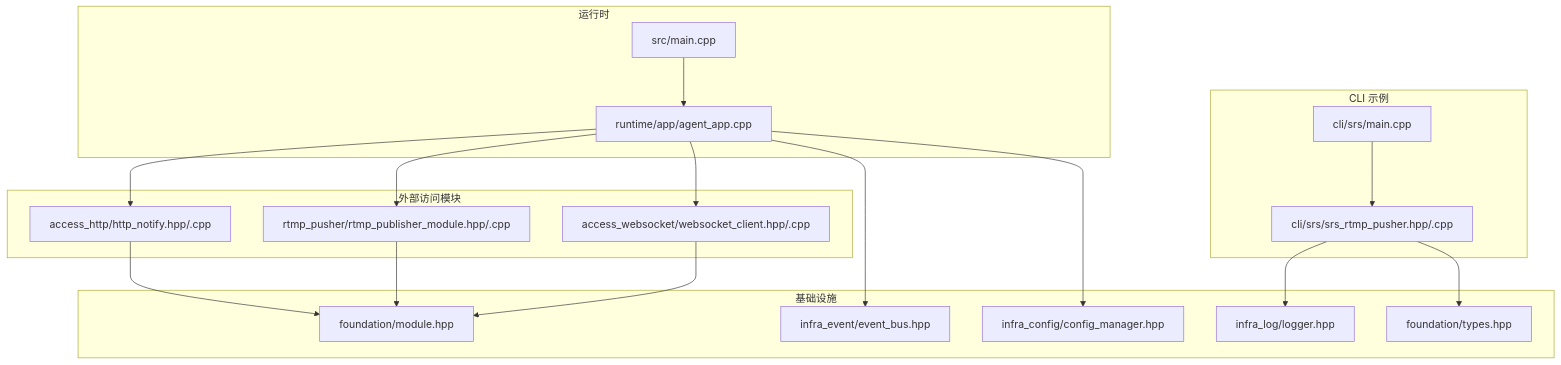
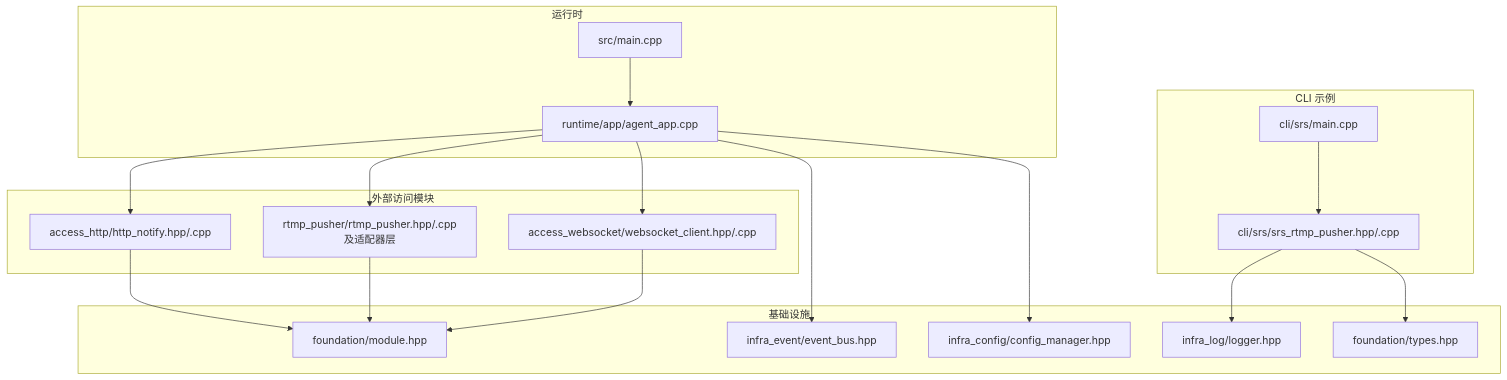
Before and after one commit to tsxuehu/pi-guard: the first of 6 diagrams in .qoder/repowiki/zh/content/C++ 代理程序/外部访问模块.md, drawn with Mermaid. The commit also changed other lines of this file and 8 other files, not shown here.

````diff
--- a/.qoder/repowiki/zh/content/C++ 代理程序/外部访问模块.md
+++ b/.qoder/repowiki/zh/content/C++ 代理程序/外部访问模块.md
@@ -51,35 +56,35 @@
 ```mermaid
 graph TB
 subgraph "基础设施"
 M["foundation/module.hpp"]
 T["foundation/types.hpp"]
 EB["infra_event/event_bus.hpp"]
 CFG["infra_config/config_manager.hpp"]
 LOG["infra_log/logger.hpp"]
 end
 subgraph "外部访问模块"
 HTTP["access_http/http_notify.hpp/.cpp"]
-RTMP["rtmp_pusher/rtmp_publisher_module.hpp/.cpp"]
+RTMP["rtmp_pusher/rtmp_pusher.hpp/.cpp<br/>及适配器层"]
 WS["access_websocket/websocket_client.hpp/.cpp"]
 end
 subgraph "CLI 示例"
 SRSP["cli/srs/srs_rtmp_pusher.hpp/.cpp"]
 SRSM["cli/srs/main.cpp"]
 end
 subgraph "运行时"
 APP["runtime/app/agent_app.cpp"]
 MAIN["src/main.cpp"]
 end
 APP --> HTTP
 APP --> RTMP
 APP --> WS
 HTTP --> M
 RTMP --> M
 WS --> M
 SRSP --> LOG
 SRSP --> T
 SRSM --> SRSP
 APP --> EB
 APP --> CFG
 MAIN --> APP
 ```
````
